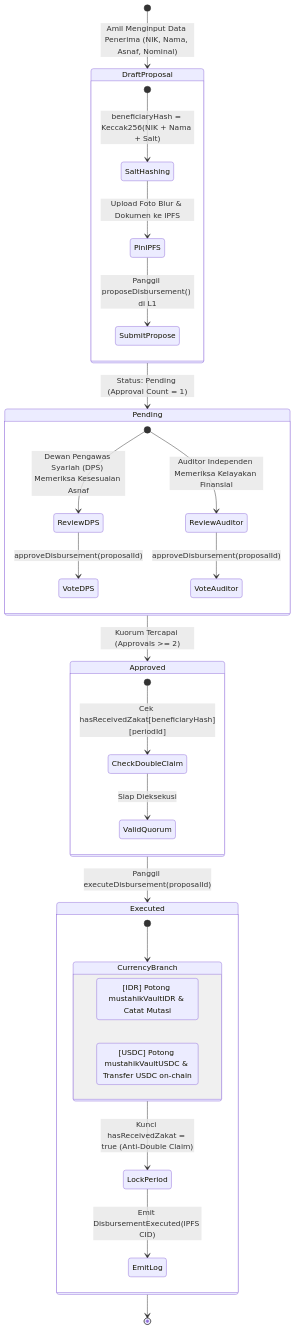
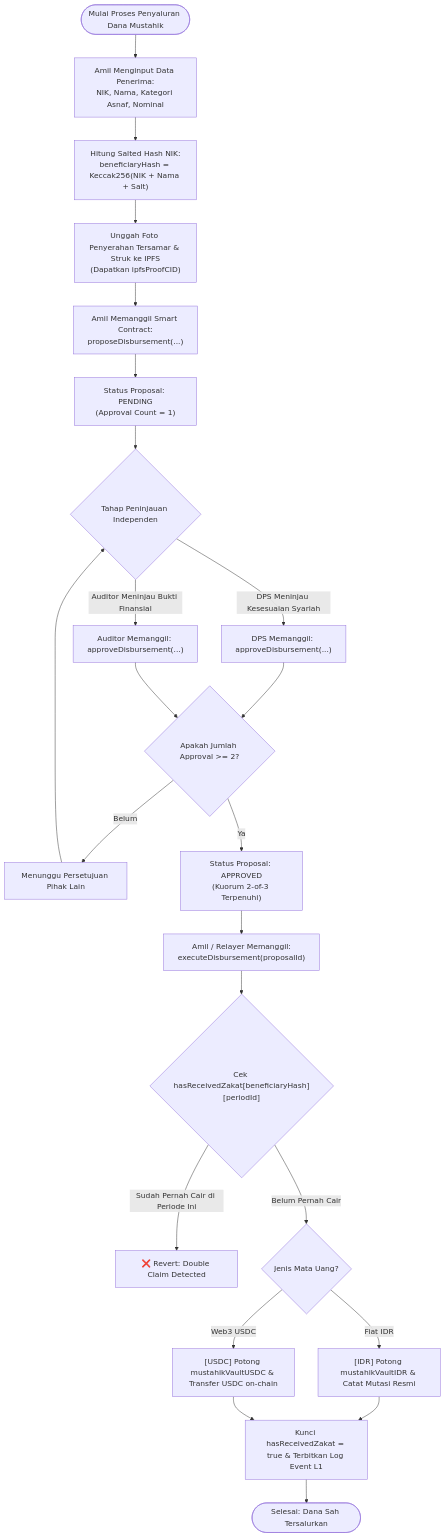
The fourth of 6 diagrams in FLOWCHART.md (tawf-labs/tawf-zakat), drawn with Mermaid before and after one commit. The commit also changed other lines of this file, not shown here.

Commit message:
fix(docs): resolve Mermaid syntax errors in FLOWCHART.md

````diff
--- a/FLOWCHART.md
+++ b/FLOWCHART.md
@@ -141,41 +141,32 @@
 ```mermaid
-stateDiagram-v2
-    [*] --> DraftProposal: Amil Menginput Data Penerima (NIK, Nama, Asnaf, Nominal)
-
-    state DraftProposal {
-        [*] --> SaltHashing: beneficiaryHash = Keccak256(NIK + Nama + Salt)
-        SaltHashing --> PinIPFS: Upload Foto Blur & Dokumen ke IPFS
-        PinIPFS --> SubmitPropose: Panggil proposeDisbursement() di L1
-    }
-
-    DraftProposal --> Pending: Status: Pending (Approval Count = 1)
-
-    state Pending {
-        [*] --> ReviewDPS: Dewan Pengawas Syariah (DPS) Memeriksa Kesesuaian Asnaf
-        [*] --> ReviewAuditor: Auditor Independen Memeriksa Kelayakan Finansial
-        ReviewDPS --> VoteDPS: approveDisbursement(proposalId)
-        ReviewAuditor --> VoteAuditor: approveDisbursement(proposalId)
-    }
-
-    Pending --> Approved: Kuorum Tercapai (Approvals >= 2)
+flowchart TD
+    StartGov(["Mulai Proses Penyaluran Dana Mustahik"]) --> InputData["Amil Menginput Data Penerima:<br/>NIK, Nama, Kategori Asnaf, Nominal"]
     
-    state Approved {
-        [*] --> CheckDoubleClaim: Cek hasReceivedZakat[beneficiaryHash][periodId]
-        CheckDoubleClaim --> ValidQuorum: Siap Dieksekusi
-    }
-
-    Approved --> Executed: Panggil executeDisbursement(proposalId)
-
-    state Executed {
-        [*] --> CurrencyBranch
-        state CurrencyBranch {
-            direction lr
-            FiatExecution: [IDR] Potong mustahikVaultIDR & Catat Mutasi
-            USDCExecution: [USDC] Potong mustahikVaultUSDC & Transfer USDC on-chain
-        }
-        CurrencyBranch --> LockPeriod: Kunci hasReceivedZakat = true (Anti-Double Claim)
-        LockPeriod --> EmitLog: Emit DisbursementExecuted(IPFS CID)
-    }
-
-    Executed --> [*]
+    InputData --> HashNIK["Hitung Salted Hash NIK:<br/>beneficiaryHash = Keccak256(NIK + Nama + Salt)"]
+    HashNIK --> UploadIPFS["Unggah Foto Penyerahan Tersamar & Struk ke IPFS<br/>(Dapatkan ipfsProofCID)"]
+    UploadIPFS --> CallPropose["Amil Memanggil Smart Contract:<br/>proposeDisbursement(...)"]
+    
+    CallPropose --> StatePending["Status Proposal: PENDING<br/>(Approval Count = 1)"]
+    
+    StatePending --> ReviewPhase{"Tahap Peninjauan Independen"}
+    ReviewPhase -->|DPS Meninjau Kesesuaian Syariah| ApproveDPS["DPS Memanggil: approveDisbursement(...)"]
+    ReviewPhase -->|Auditor Meninjau Bukti Finansial| ApproveAuditor["Auditor Memanggil: approveDisbursement(...)"]
+    
+    ApproveDPS & ApproveAuditor --> CheckQuorum{"Apakah Jumlah Approval >= 2?"}
+    CheckQuorum -->|Belum| WaitVote["Menunggu Persetujuan Pihak Lain"]
+    WaitVote --> ReviewPhase
+    
+    CheckQuorum -->|Ya| StateApproved["Status Proposal: APPROVED<br/>(Kuorum 2-of-3 Terpenuhi)"]
+    
+    StateApproved --> CallExecute["Amil / Relayer Memanggil:<br/>executeDisbursement(proposalId)"]
+    
+    CallExecute --> DoubleClaimCheck{"Cek hasReceivedZakat[beneficiaryHash][periodId]"}
+    DoubleClaimCheck -->|Sudah Pernah Cair di Periode Ini| RevertTx["❌ Revert: Double Claim Detected"]
+    DoubleClaimCheck -->|Belum Pernah Cair| ExecuteTransfer{"Jenis Mata Uang?"}
+    
+    ExecuteTransfer -->|Fiat IDR| ExecuteFiat["[IDR] Potong mustahikVaultIDR & Catat Mutasi Resmi"]
+    ExecuteTransfer -->|Web3 USDC| ExecuteUSDC["[USDC] Potong mustahikVaultUSDC & Transfer USDC on-chain"]
+    
+    ExecuteFiat & ExecuteUSDC --> Finalize["Kunci hasReceivedZakat = true & Terbitkan Log Event L1"]
+    Finalize --> Done(["Selesai: Dana Sah Tersalurkan"])
 ```
````
